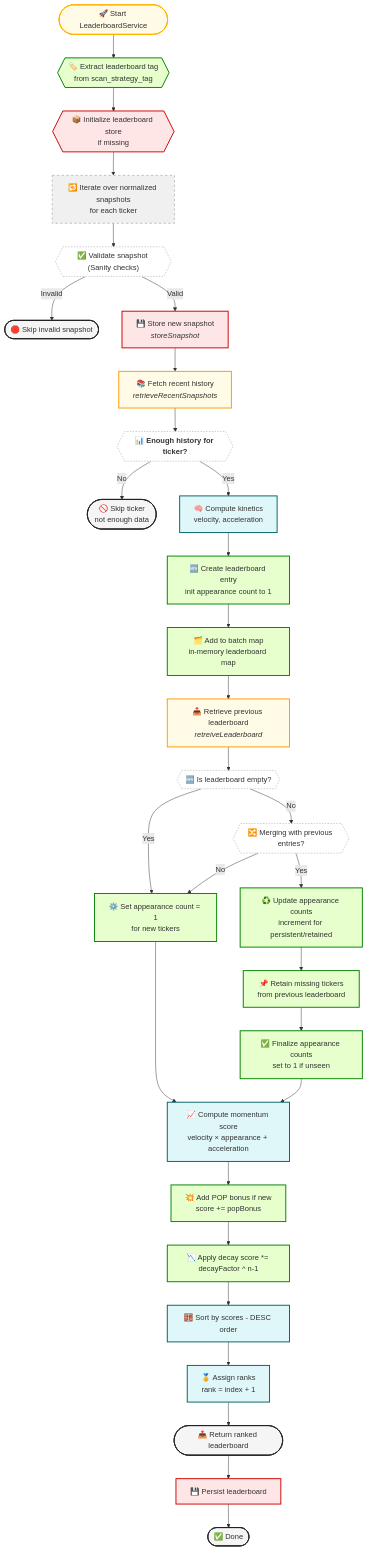
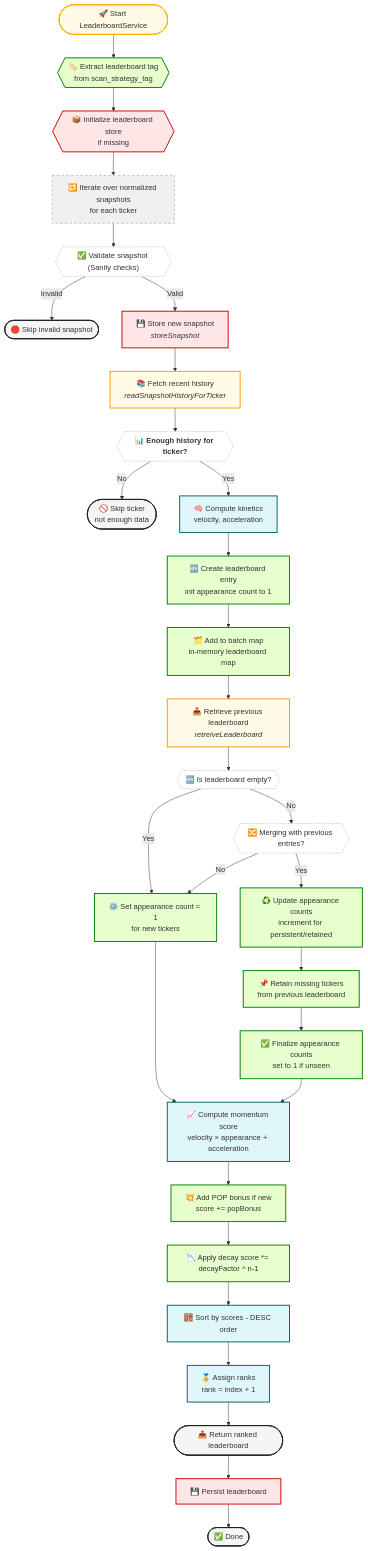
Before and after one commit to monolithgoon/momentum-trend-notification-bot: the diagram in src/services/leaderboard/docs/LeaderboardService.flowchart copy.mmd, drawn with Mermaid. The commit also changed 68 other files, not shown here.

```diff
--- a/src/services/leaderboard/docs/LeaderboardService.flowchart copy.mmd
+++ b/src/services/leaderboard/docs/LeaderboardService.flowchart copy.mmd
@@ -1,49 +1,49 @@
 flowchart TD
     A([🚀 Start LeaderboardService]):::entry --> B{{🏷️ Extract leaderboard tag<br/>from scan_strategy_tag}}:::step
     B --> C{{📦 Initialize leaderboard store<br/>if missing}}:::storage
     C --> D[🔁 Iterate over normalized snapshots<br/>for each ticker]:::loop
 
     D --> E0{{✅ Validate snapshot #40;Sanity checks#41;}}:::branch
     E0 -- Invalid --> E5([🛑 Skip invalid snapshot]):::exit
     E0 -- Valid --> E1[💾 Store new snapshot<br/><i>storeSnapshot</i>]:::storage
-    E1 --> E2[📚 Fetch recent history<br/><i>retrieveRecentSnapshots</i>]:::async
+    E1 --> E2[📚 Fetch recent history<br/><i>readSnapshotHistoryForTicker</i>]:::async
     E2 --> E3{{📊 <b>Enough history for ticker?</b>}}:::branch
     E3 -- No --> E4([🚫 Skip ticker<br/>not enough data]):::exit
 
     E3 -- Yes --> F1[🧠 Compute kinetics<br/>velocity, acceleration]:::compute
     F1 --> F2[🆕 Create leaderboard entry<br/>init appearance count to 1]:::step
     F2 --> F3[🗂️ Add to batch map<br/>in-memory leaderboard map]:::step
 
     F3 --> M1[📥 Retrieve previous leaderboard<br/><i>retreiveLeaderboard</i>]:::async
     M1 --> M2A{{🆕 Is leaderboard empty?}}:::branch
     M2A -- Yes --> M3[⚙️ Set appearance count = 1<br/>for new tickers]:::step
     M2A -- No --> M2{{🔀 Merging with previous entries?}}:::branch
 
     M2 -- No --> M3
     M2 -- Yes --> M4[♻️ Update appearance counts<br/>increment for persistent/retained]:::step
     M4 --> M5[📌 Retain missing tickers<br/>from previous leaderboard]:::step
     M5 --> M6[✅ Finalize appearance counts<br/>set to 1 if unseen]:::step
 
     M3 --> S1
     M6 --> S1
 
     S1[📈 Compute momentum score<br/>velocity × appearance + acceleration]:::compute
     S1 --> S2[💥 Add POP bonus if new<br/>score += popBonus]:::step
     S2 --> S3[📉 Apply decay score *= decayFactor ^ n-1]:::step
 
     S3 --> R1[🧮 Sort by scores - DESC order]:::compute
     R1 --> R2[🏅 Assign ranks<br/>rank = index + 1]:::compute
     R2 --> R3([📤 Return ranked leaderboard]):::exit
     R3 --> H[💾 Persist leaderboard]:::storage
     H --> Z([✅ Done]):::exit
 
     %% Styles
     classDef step fill:#e6ffcc,stroke:#008000,stroke-width:2px;
     classDef entry fill:#fffbe6,stroke:#ffb300,stroke-width:2px;
     classDef exit fill:#f5f5f5,stroke:#222,stroke-width:2px;
     classDef error fill:#fff0f0,stroke:#d00,stroke-width:2px;
     classDef compute fill:#e0f7fa,stroke:#006064,stroke-width:2px;
     classDef storage fill:#ffe6e6,stroke:#cc0000,stroke-width:2px;
     classDef loop fill:#f0f0f0,stroke:#888,stroke-dasharray: 5, 5;
     classDef async fill:#fffbe6,stroke:#ff9900,stroke-width:2px;
     classDef branch fill:#ffffff,stroke:#999999,stroke-dasharray: 3, 3;
```
